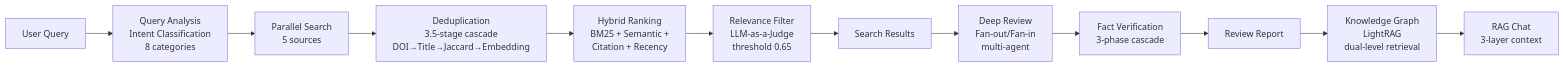
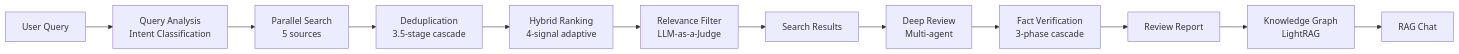
Before and after one commit to KimJiSeong1994/PaperReview: the diagram in README.md, drawn with Mermaid. The commit also changed other lines of this file, not shown here.

````diff
--- a/README.md
+++ b/README.md
@@ -192,14 +40,14 @@
 ```mermaid
 flowchart LR
-    Q[User Query] --> QA[Query Analysis<br/>Intent Classification<br/>8 categories]
+    Q[User Query] --> QA[Query Analysis<br/>Intent Classification]
     QA --> PS[Parallel Search<br/>5 sources]
-    PS --> DD[Deduplication<br/>3.5-stage cascade<br/>DOI→Title→Jaccard→Embedding]
-    DD --> HR[Hybrid Ranking<br/>BM25 + Semantic +<br/>Citation + Recency]
-    HR --> RF[Relevance Filter<br/>LLM-as-a-Judge<br/>threshold 0.65]
+    PS --> DD[Deduplication<br/>3.5-stage cascade]
+    DD --> HR[Hybrid Ranking<br/>4-signal adaptive]
+    HR --> RF[Relevance Filter<br/>LLM-as-a-Judge]
     RF --> SR[Search Results]
-    SR --> DR[Deep Review<br/>Fan-out/Fan-in<br/>multi-agent]
+    SR --> DR[Deep Review<br/>Multi-agent]
     DR --> FV[Fact Verification<br/>3-phase cascade]
     FV --> RP[Review Report]
-    RP --> KG[Knowledge Graph<br/>LightRAG<br/>dual-level retrieval]
-    KG --> RC[RAG Chat<br/>3-layer context]
+    RP --> KG[Knowledge Graph<br/>LightRAG]
+    KG --> RC[RAG Chat]
 ```
````
